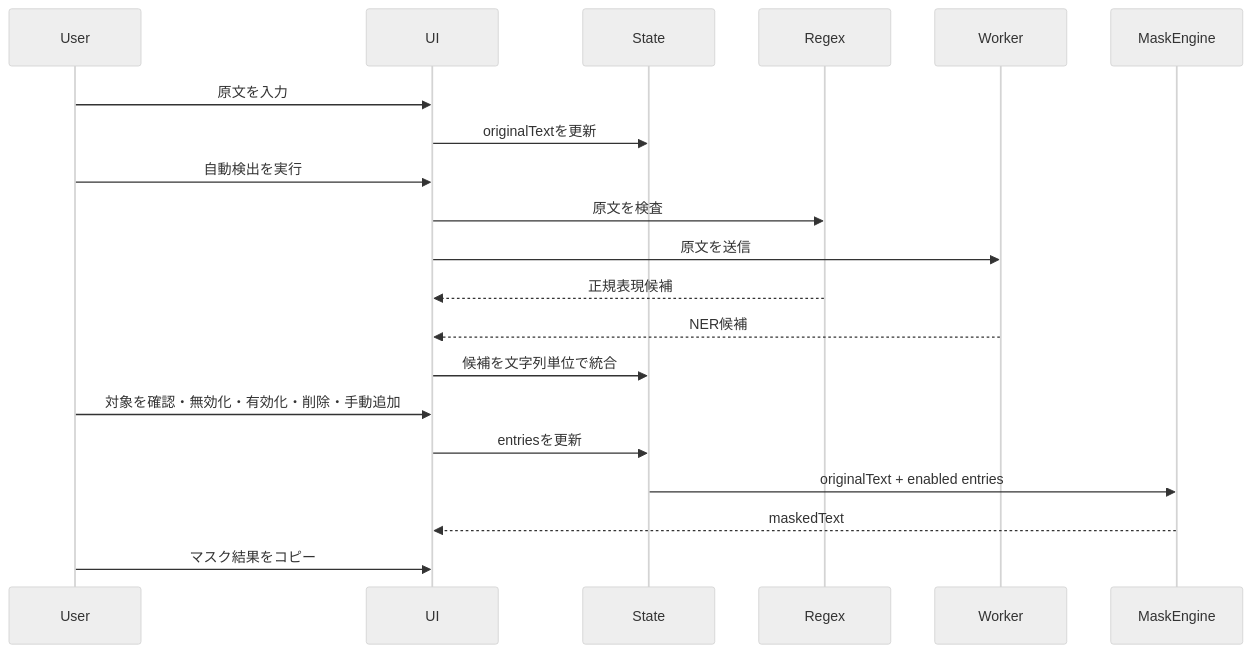
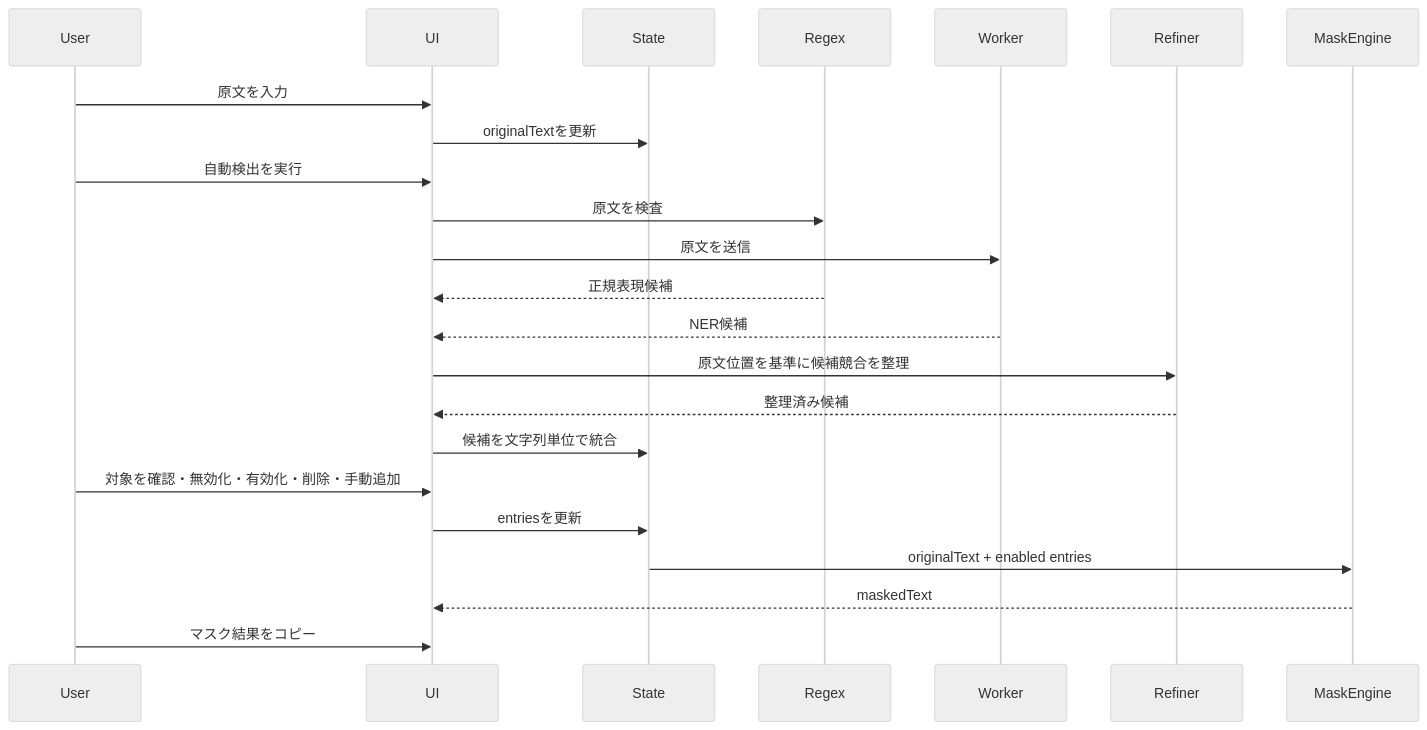
The second of 5 diagrams in docs/architecture.md (Bamboosato/local-pii-masker), drawn with Mermaid (neutral theme) before and after one commit. The commit also changed other lines of this file and 32 other files, not shown here.

````diff
--- a/docs/architecture.md
+++ b/docs/architecture.md
@@ -96,23 +97,26 @@
 ```mermaid
 sequenceDiagram
     participant User
     participant UI
     participant State
     participant Regex
     participant Worker
+    participant Refiner
     participant MaskEngine
 
     User->>UI: 原文を入力
     UI->>State: originalTextを更新
     User->>UI: 自動検出を実行
     UI->>Regex: 原文を検査
     UI->>Worker: 原文を送信
     Regex-->>UI: 正規表現候補
     Worker-->>UI: NER候補
+    UI->>Refiner: 原文位置を基準に候補競合を整理
+    Refiner-->>UI: 整理済み候補
     UI->>State: 候補を文字列単位で統合
     User->>UI: 対象を確認・無効化・有効化・削除・手動追加
     UI->>State: entriesを更新
     State->>MaskEngine: originalText + enabled entries
     MaskEngine-->>UI: maskedText
     User->>UI: マスク結果をコピー
 ```
````
